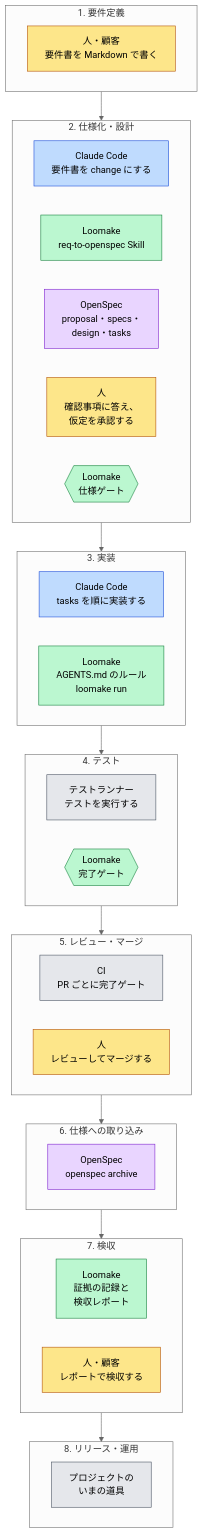
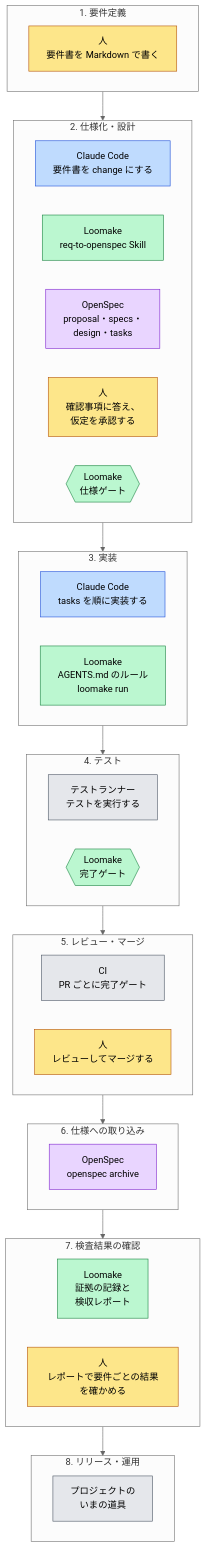
Before and after one commit to loomake/loomake: the first of 2 diagrams in docs/positioning.md, drawn with Mermaid (neutral theme). The commit also changed other lines of this file and 10 other files, not shown here.

````diff
--- a/docs/positioning.md
+++ b/docs/positioning.md
@@ -24,56 +26,56 @@
 ```mermaid
 flowchart TB
   subgraph S1["1. 要件定義"]
     direction LR
-    s1h["人・顧客<br>要件書を Markdown で書く"]
+    s1h["人<br>要件書を Markdown で書く"]
   end
   subgraph S2["2. 仕様化・設計"]
     direction LR
     s2a["Claude Code<br>要件書を change にする"]
     s2l["Loomake<br>req-to-openspec Skill"]
     s2o["OpenSpec<br>proposal・specs・<br>design・tasks"]
     s2h["人<br>確認事項に答え、<br>仮定を承認する"]
     s2g{{"Loomake<br>仕様ゲート"}}
   end
   subgraph S3["3. 実装"]
     direction LR
     s3a["Claude Code<br>tasks を順に実装する"]
     s3l["Loomake<br>AGENTS.md のルール<br>loomake run"]
   end
   subgraph S4["4. テスト"]
     direction LR
     s4t["テストランナー<br>テストを実行する"]
     s4g{{"Loomake<br>完了ゲート"}}
   end
   subgraph S5["5. レビュー・マージ"]
     direction LR
     s5c["CI<br>PR ごとに完了ゲート"]
     s5h["人<br>レビューしてマージする"]
   end
   subgraph S6["6. 仕様への取り込み"]
     direction LR
     s6o["OpenSpec<br>openspec archive"]
   end
-  subgraph S7["7. 検収"]
+  subgraph S7["7. 検査結果の確認"]
     direction LR
     s7l["Loomake<br>証拠の記録と<br>検収レポート"]
-    s7h["人・顧客<br>レポートで検収する"]
+    s7h["人<br>レポートで要件ごとの結果を確かめる"]
   end
   subgraph S8["8. リリース・運用"]
     direction LR
     s8x["プロジェクトの<br>いまの道具"]
   end
 
   S1 --> S2 --> S3 --> S4 --> S5 --> S6 --> S7 --> S8
 
   classDef human fill:#fde68a,stroke:#b45309,color:#000
   classDef agent fill:#bfdbfe,stroke:#1d4ed8,color:#000
   classDef openspec fill:#e9d5ff,stroke:#7e22ce,color:#000
   classDef loomake fill:#bbf7d0,stroke:#15803d,color:#000
   classDef other fill:#e5e7eb,stroke:#4b5563,color:#000
   class s1h,s2h,s5h,s7h human
   class s2a,s3a agent
   class s2o,s6o openspec
   class s2l,s2g,s3l,s4g,s7l loomake
   class s4t,s5c,s8x other
 ```
````
